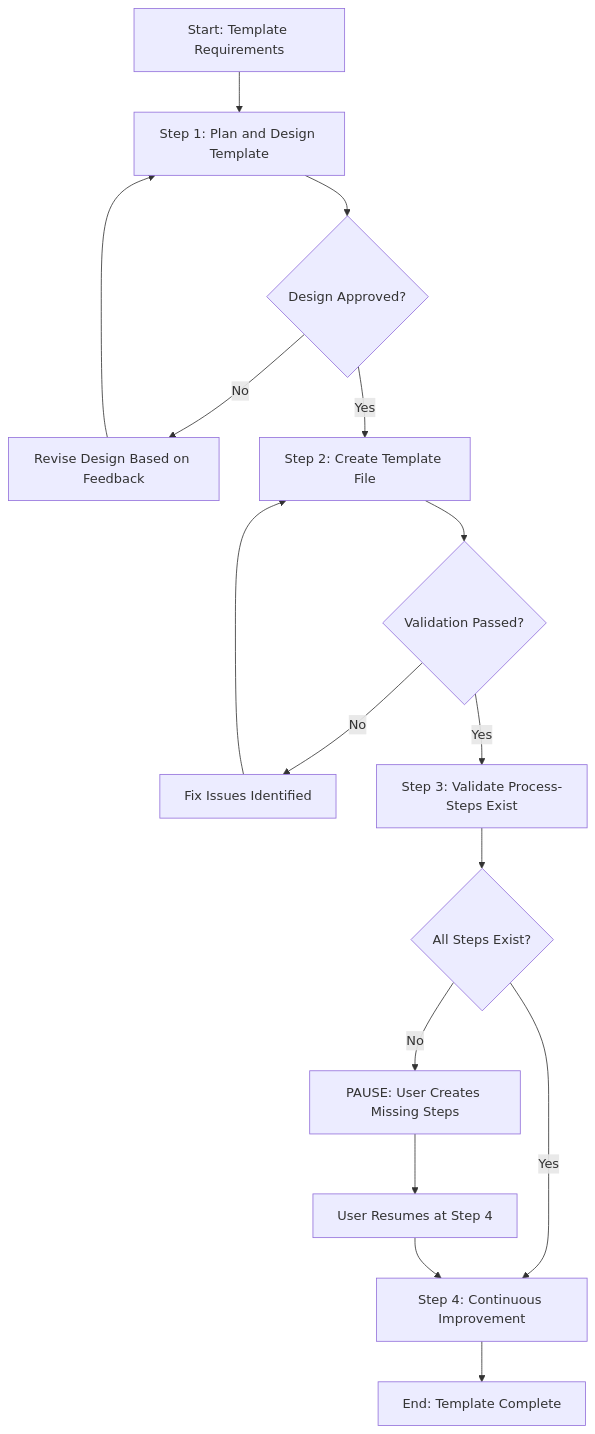
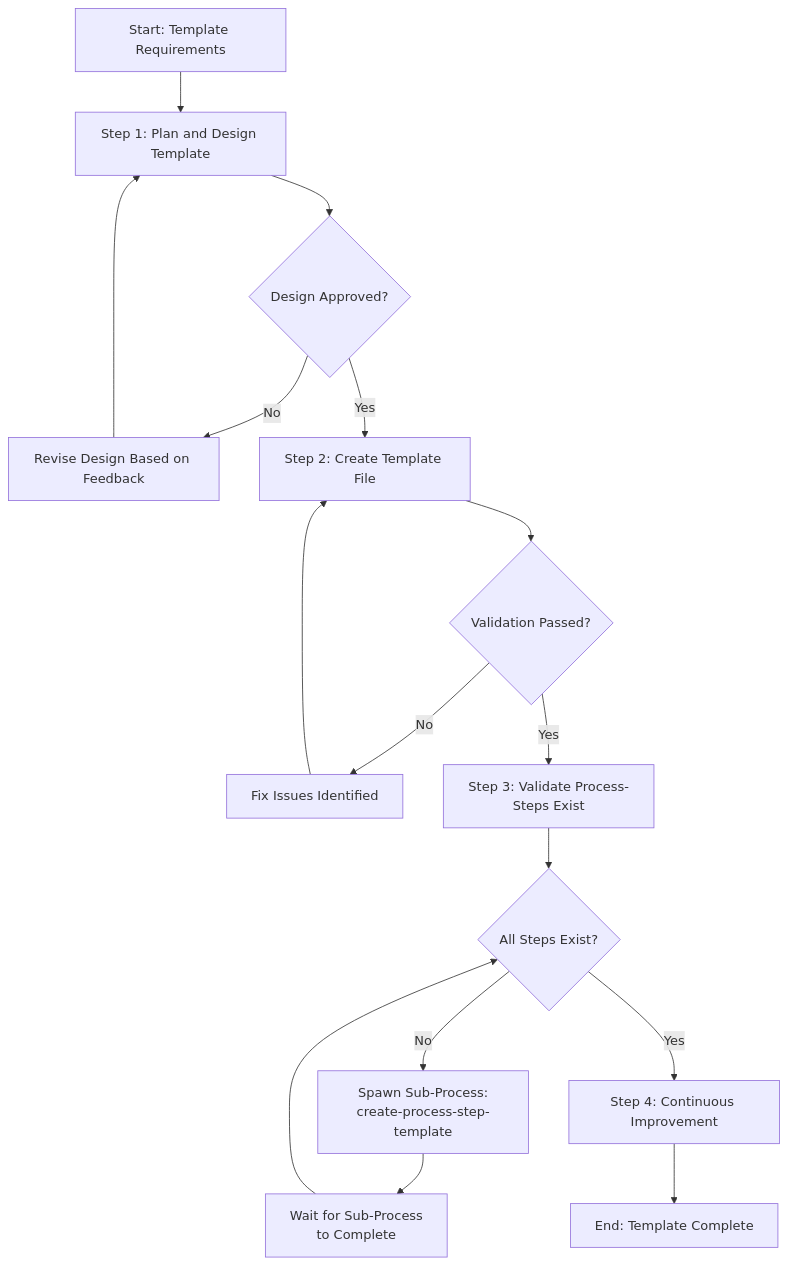
One commit to HMTools/agentic-processes changed the diagram in .processes/templates/infrastructure/create-process-template.md. Above: the diagram before and after it, drawn with Mermaid. The commit also changed 1 other file, not shown here.

Commit message:
Replaces pause states with subprocess spawns
Updates process templates to spawn subprocesses instead of pausing
for user input. This automates process step creation, improving
workflow efficiency and reducing manual intervention.

````diff
--- a/.processes/templates/infrastructure/create-process-template.md
+++ b/.processes/templates/infrastructure/create-process-template.md
@@ -62,18 +62,18 @@
 ```mermaid
 flowchart TD
     A[Start: Template Requirements] --> B[Step 1: Plan and Design Template]
     B --> B1{Design Approved?}
     B1 -->|No| B2[Revise Design Based on Feedback]
     B2 --> B
     B1 -->|Yes| C[Step 2: Create Template File]
     C --> C1{Validation Passed?}
     C1 -->|No| C2[Fix Issues Identified]
     C2 --> C
     C1 -->|Yes| D[Step 3: Validate Process-Steps Exist]
     D --> D1{All Steps Exist?}
-    D1 -->|No| D2[PAUSE: User Creates Missing Steps]
-    D2 --> D3[User Resumes at Step 4]
+    D1 -->|No| D2[Spawn Sub-Process:<br/>create-process-step-template]
+    D2 --> D3[Wait for Sub-Process<br/>to Complete]
+    D3 --> D1
     D1 -->|Yes| E[Step 4: Continuous Improvement]
-    D3 --> E
     E --> F[End: Template Complete]
 ```
````
